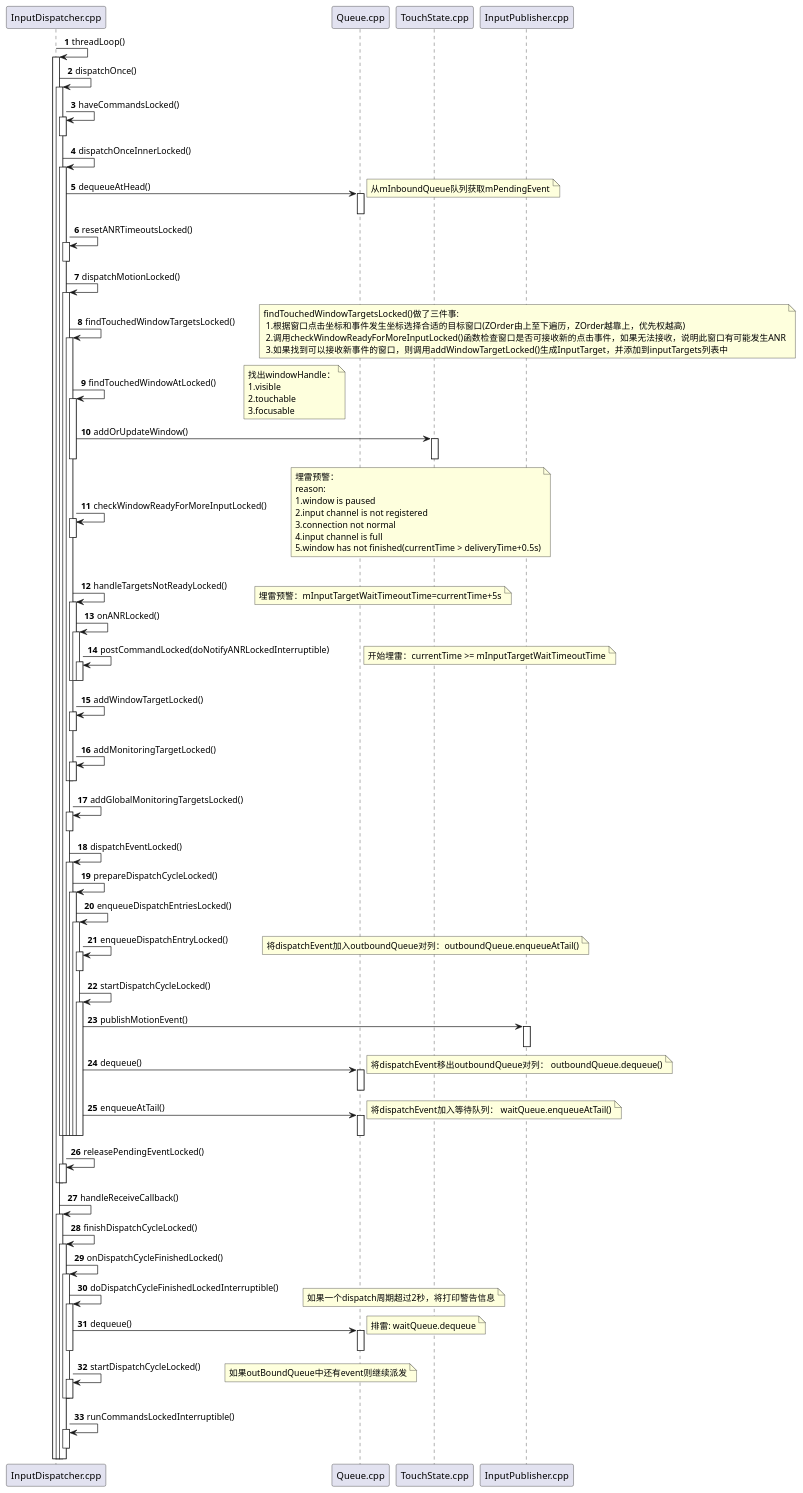
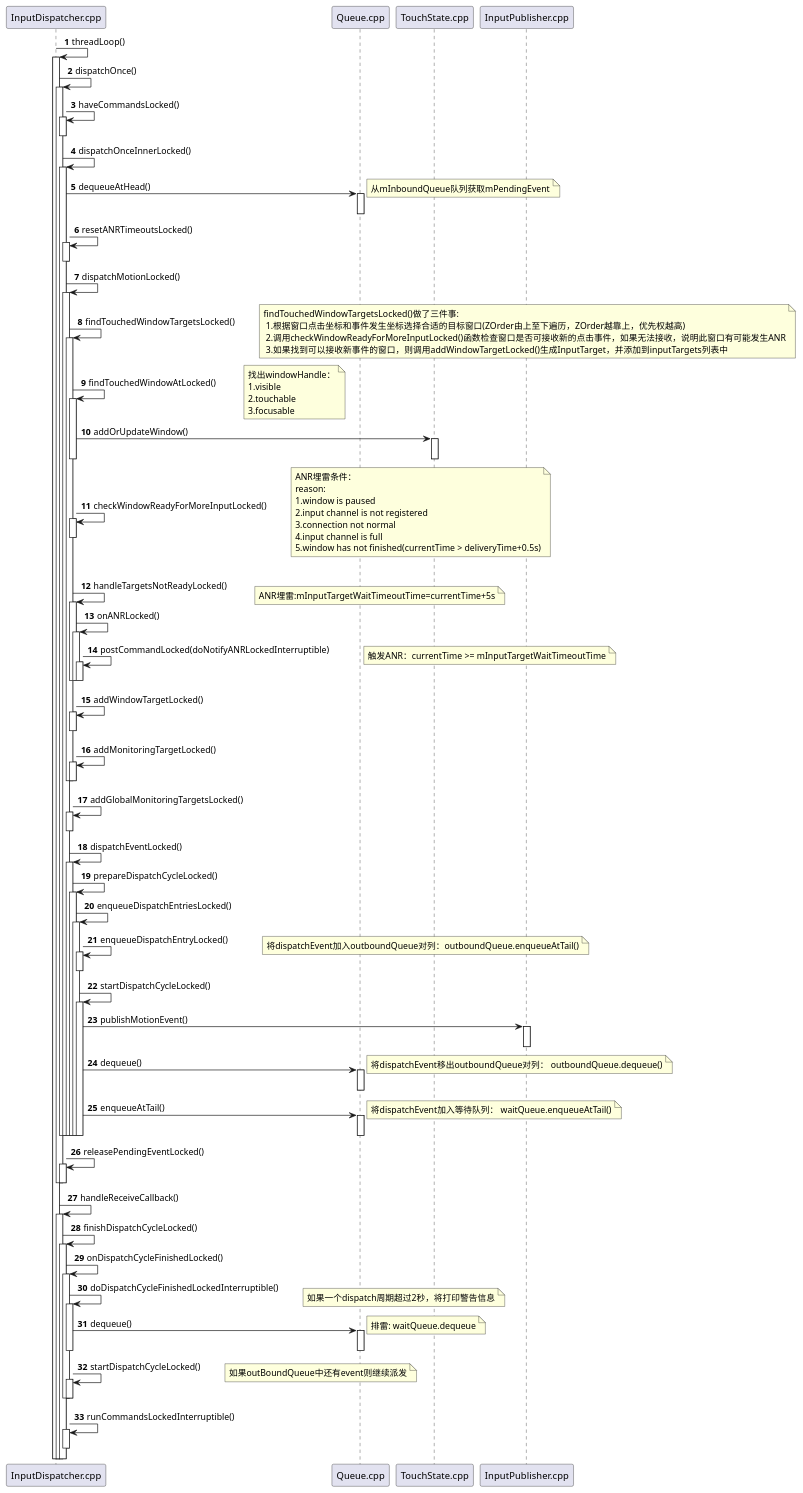
One commit to javalive09/UML changed the diagram in android9/InputDispatcher.puml. Above: the diagram before and after it, drawn with PlantUML. The commit also changed 24 other files, not shown here.

Commit message:
update uml

```diff
--- a/android9/InputDispatcher.puml
+++ b/android9/InputDispatcher.puml
@@ -1,133 +1,133 @@
 @startuml
 'https://plantuml.com/sequence-diagram
 
 autonumber
 
 InputDispatcher.cpp -> InputDispatcher.cpp: threadLoop()
 activate InputDispatcher.cpp
 InputDispatcher.cpp -> InputDispatcher.cpp: dispatchOnce()
 activate InputDispatcher.cpp
 InputDispatcher.cpp -> InputDispatcher.cpp: haveCommandsLocked()
 activate InputDispatcher.cpp
 deactivate InputDispatcher.cpp
 InputDispatcher.cpp -> InputDispatcher.cpp: dispatchOnceInnerLocked()
 activate InputDispatcher.cpp
 InputDispatcher.cpp -> Queue.cpp: dequeueAtHead()
 activate Queue.cpp
 deactivate Queue.cpp
 note right: 从mInboundQueue队列获取mPendingEvent
 InputDispatcher.cpp -> InputDispatcher.cpp: resetANRTimeoutsLocked()
 activate InputDispatcher.cpp
 deactivate InputDispatcher.cpp
 InputDispatcher.cpp -> InputDispatcher.cpp: dispatchMotionLocked()
 activate InputDispatcher.cpp
 InputDispatcher.cpp -> InputDispatcher.cpp: findTouchedWindowTargetsLocked()
 activate InputDispatcher.cpp
 note right:findTouchedWindowTargetsLocked()做了三件事:\n 1.根据窗口点击坐标和事件发生坐标选择合适的目标窗口(ZOrder由上至下遍历，ZOrder越靠上，优先权越高)\n 2.调用checkWindowReadyForMoreInputLocked()函数检查窗口是否可接收新的点击事件，如果无法接收，说明此窗口有可能发生ANR\n 3.如果找到可以接收新事件的窗口，则调用addWindowTargetLocked()生成InputTarget，并添加到inputTargets列表中
 
 InputDispatcher.cpp -> InputDispatcher.cpp: findTouchedWindowAtLocked()
 activate InputDispatcher.cpp
 note right: 找出windowHandle：\n1.visible \n2.touchable \n3.focusable
 InputDispatcher.cpp -> TouchState.cpp: addOrUpdateWindow()
 activate TouchState.cpp
 deactivate TouchState.cpp
 deactivate InputDispatcher.cpp
 InputDispatcher.cpp -> InputDispatcher.cpp: checkWindowReadyForMoreInputLocked()
 activate InputDispatcher.cpp
 deactivate InputDispatcher.cpp
-note right: 埋雷预警：\nreason: \n1.window is paused \n2.input channel is not registered \n3.connection not normal\n4.input channel is full\n5.window has not finished(currentTime > deliveryTime+0.5s)
+note right: ANR埋雷条件：\nreason: \n1.window is paused \n2.input channel is not registered \n3.connection not normal\n4.input channel is full\n5.window has not finished(currentTime > deliveryTime+0.5s)
 InputDispatcher.cpp -> InputDispatcher.cpp: handleTargetsNotReadyLocked()
 activate InputDispatcher.cpp
-note right:埋雷预警：mInputTargetWaitTimeoutTime=currentTime+5s
+note right:ANR埋雷:mInputTargetWaitTimeoutTime=currentTime+5s
 InputDispatcher.cpp -> InputDispatcher.cpp: onANRLocked()
 activate InputDispatcher.cpp
 InputDispatcher.cpp -> InputDispatcher.cpp: postCommandLocked(doNotifyANRLockedInterruptible)
 activate InputDispatcher.cpp
-note right:开始埋雷：currentTime >= mInputTargetWaitTimeoutTime
+note right:触发ANR：currentTime >= mInputTargetWaitTimeoutTime
 deactivate InputDispatcher.cpp
 deactivate InputDispatcher.cpp
 deactivate InputDispatcher.cpp
 
 InputDispatcher.cpp -> InputDispatcher.cpp: addWindowTargetLocked()
 activate InputDispatcher.cpp
 deactivate InputDispatcher.cpp
 InputDispatcher.cpp -> InputDispatcher.cpp: addMonitoringTargetLocked()
 activate InputDispatcher.cpp
 deactivate InputDispatcher.cpp
 deactivate InputDispatcher.cpp
 
 InputDispatcher.cpp -> InputDispatcher.cpp: addGlobalMonitoringTargetsLocked()
 activate InputDispatcher.cpp
 deactivate InputDispatcher.cpp
 
 InputDispatcher.cpp -> InputDispatcher.cpp: dispatchEventLocked()
 activate InputDispatcher.cpp
 
 InputDispatcher.cpp -> InputDispatcher.cpp: prepareDispatchCycleLocked()
 activate InputDispatcher.cpp
 
 InputDispatcher.cpp -> InputDispatcher.cpp: enqueueDispatchEntriesLocked()
 activate InputDispatcher.cpp
 
 InputDispatcher.cpp -> InputDispatcher.cpp: enqueueDispatchEntryLocked()
 activate InputDispatcher.cpp
 deactivate InputDispatcher.cpp
 note right: 将dispatchEvent加入outboundQueue对列：outboundQueue.enqueueAtTail()
 
 InputDispatcher.cpp -> InputDispatcher.cpp: startDispatchCycleLocked()
 activate InputDispatcher.cpp
 InputDispatcher.cpp -> InputPublisher.cpp: publishMotionEvent()
 activate InputPublisher.cpp
 deactivate InputPublisher.cpp
 InputDispatcher.cpp -> Queue.cpp: dequeue()
 activate Queue.cpp
 deactivate Queue.cpp
 note right: 将dispatchEvent移出outboundQueue对列： outboundQueue.dequeue()
 InputDispatcher.cpp -> Queue.cpp: enqueueAtTail()
 activate Queue.cpp
 deactivate Queue.cpp
 note right: 将dispatchEvent加入等待队列： waitQueue.enqueueAtTail()
 
 deactivate InputDispatcher.cpp
 deactivate InputDispatcher.cpp
 deactivate InputDispatcher.cpp
 deactivate InputDispatcher.cpp
 deactivate InputDispatcher.cpp
 deactivate InputDispatcher.cpp
 
 InputDispatcher.cpp -> InputDispatcher.cpp: releasePendingEventLocked()
 activate InputDispatcher.cpp
 deactivate InputDispatcher.cpp
 deactivate InputDispatcher.cpp
 
 
 InputDispatcher.cpp -> InputDispatcher.cpp: handleReceiveCallback()
 activate InputDispatcher.cpp
 InputDispatcher.cpp -> InputDispatcher.cpp: finishDispatchCycleLocked()
 activate InputDispatcher.cpp
 InputDispatcher.cpp -> InputDispatcher.cpp: onDispatchCycleFinishedLocked()
 activate InputDispatcher.cpp
 InputDispatcher.cpp -> InputDispatcher.cpp: doDispatchCycleFinishedLockedInterruptible()
 activate InputDispatcher.cpp
 note right:如果一个dispatch周期超过2秒，将打印警告信息
 InputDispatcher.cpp -> Queue.cpp: dequeue()
 activate Queue.cpp
 deactivate Queue.cpp
 deactivate InputDispatcher.cpp
 note right: 排雷: waitQueue.dequeue
 
 InputDispatcher.cpp -> InputDispatcher.cpp: startDispatchCycleLocked()
 activate InputDispatcher.cpp
 deactivate InputDispatcher.cpp
 deactivate InputDispatcher.cpp
 note right: 如果outBoundQueue中还有event则继续派发
 
 InputDispatcher.cpp -> InputDispatcher.cpp: runCommandsLockedInterruptible()
 activate InputDispatcher.cpp
 deactivate InputDispatcher.cpp
 
 
 
 
 
 @enduml
```
